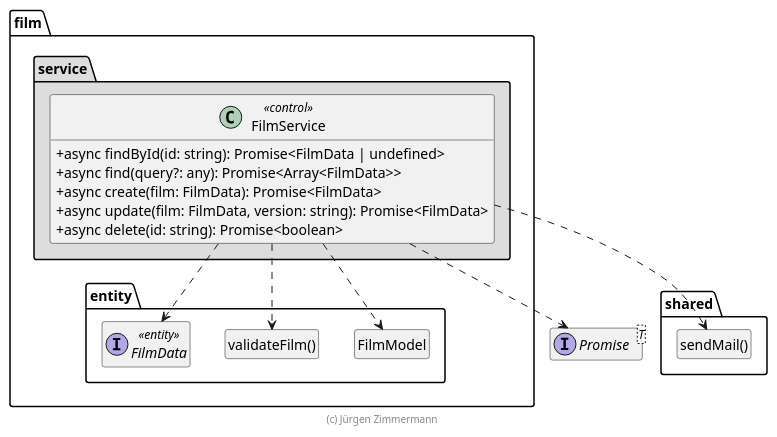
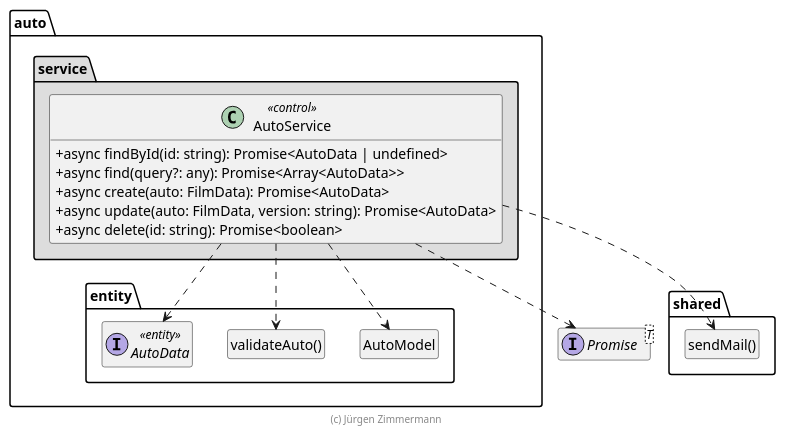
The diagram in doc/entwicklerhandbuch/AutoService.puml (marcelmaerdian/SWE-SS21), drawn with PlantUML before and after one commit. The commit also changed 5 other files, not shown here.

```diff
--- a/doc/entwicklerhandbuch/AutoService.puml
+++ b/doc/entwicklerhandbuch/AutoService.puml
@@ -15,46 +15,46 @@
 @startuml Anwendungskern
 
 !pragma useNewPackage
 skinparam classAttributeIconSize 0
 skinparam componentStyle uml2
 
 interface Promise<T>
 
 package shared {
   class "sendMail()" as sendMail
   hide sendMail circle
 }
 
-package film {
+package auto {
   package entity {
-    class FilmModel
-    hide FilmModel circle
+    class AutoModel
+    hide AutoModel circle
 
-    class "validateFilm()" as validateFilm
-    hide validateFilm circle
+    class "validateAuto()" as validateAuto
+    hide validateAuto circle
 
-    interface FilmData <<entity>>
+    interface AutoData <<entity>>
   }
 
   package service #DDDDDD {
-    FilmService ..> Promise
-    FilmService ..> FilmModel
-    FilmService ..> FilmData
-    FilmService ..> validateFilm
-    FilmService ..> sendMail
+    AutoService ..> Promise
+    AutoService ..> AutoModel
+    AutoService ..> AutoData
+    AutoService ..> validateAuto
+    AutoService ..> sendMail
 
-    class FilmService << control >> {
-      + async findById(id: string): Promise<FilmData | undefined>
-      + async find(query?: any): Promise<Array<FilmData>>
-      + async create(film: FilmData): Promise<FilmData>
-      + async update(film: FilmData, version: string): Promise<FilmData>
+    class AutoService << control >> {
+      + async findById(id: string): Promise<AutoData | undefined>
+      + async find(query?: any): Promise<Array<AutoData>>
+      + async create(auto: FilmData): Promise<AutoData>
+      + async update(auto: FilmData, version: string): Promise<AutoData>
       + async delete(id: string): Promise<boolean>
     }
   }
 }
 
 hide empty members
 
 footer (c) Jürgen Zimmermann
 
 @enduml
```
